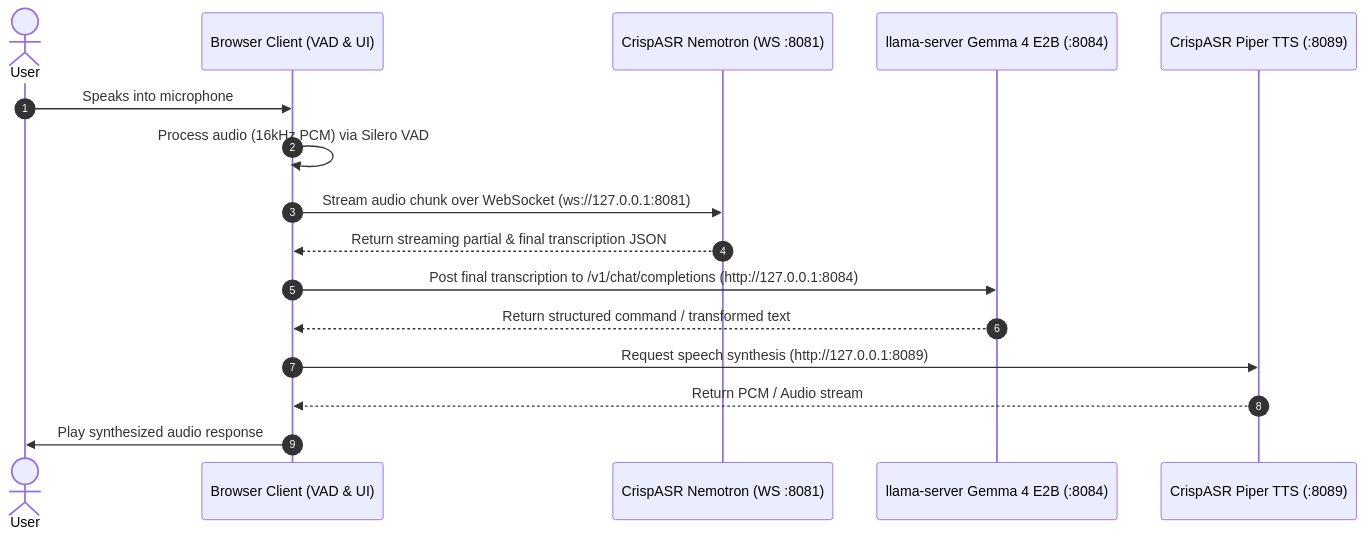
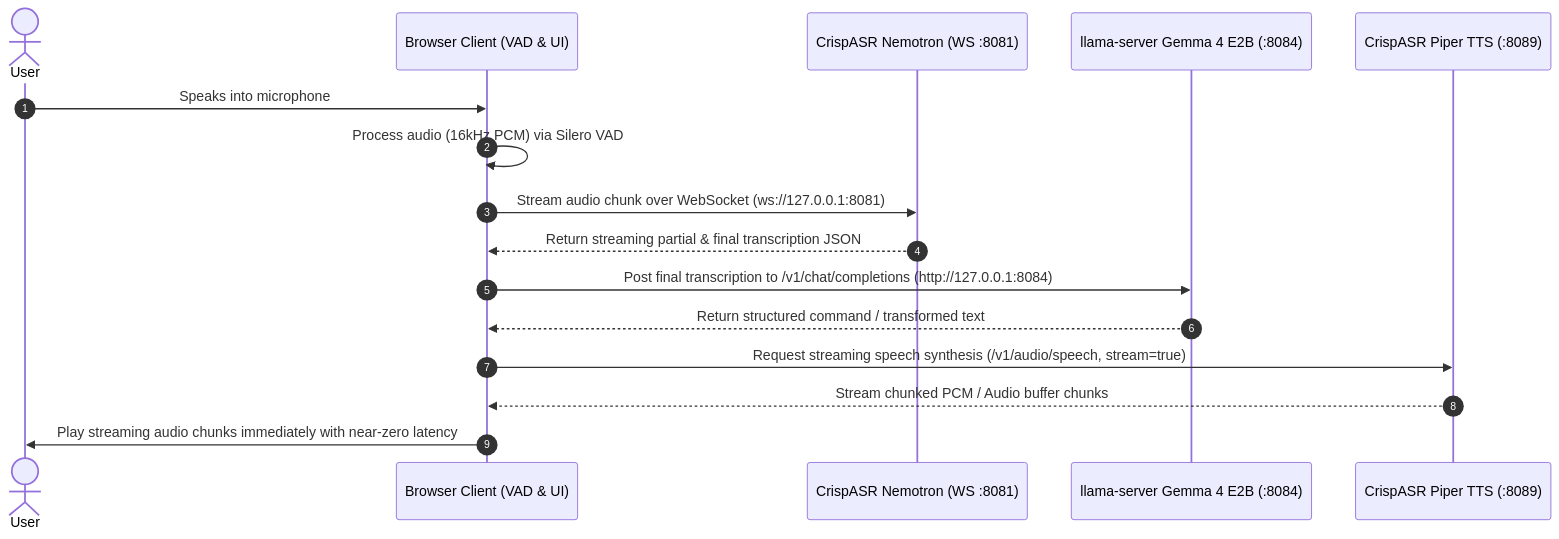
One commit to deepanshu-yadav/StreamingASR changed the diagram in commands_demo/README.md. Above: the diagram before and after it, drawn with Mermaid. The commit also changed other lines of this file and 2 other files, not shown here.

````diff
--- a/commands_demo/README.md
+++ b/commands_demo/README.md
@@ -29,19 +29,19 @@
 ```mermaid
 sequenceDiagram
     autonumber
     actor User
     participant Browser as Browser Client (VAD & UI)
     participant ASR as CrispASR Nemotron (WS :8081)
     participant LLM as llama-server Gemma 4 E2B (:8084)
     participant TTS as CrispASR Piper TTS (:8089)
 
     User->>Browser: Speaks into microphone
     Browser->>Browser: Process audio (16kHz PCM) via Silero VAD
     Browser->>ASR: Stream audio chunk over WebSocket (ws://127.0.0.1:8081)
     ASR-->>Browser: Return streaming partial & final transcription JSON
     Browser->>LLM: Post final transcription to /v1/chat/completions (http://127.0.0.1:8084)
     LLM-->>Browser: Return structured command / transformed text
-    Browser->>TTS: Request speech synthesis (http://127.0.0.1:8089)
-    TTS-->>Browser: Return PCM / Audio stream
-    Browser->>User: Play synthesized audio response
+    Browser->>TTS: Request streaming speech synthesis (/v1/audio/speech, stream=true)
+    TTS-->>Browser: Stream chunked PCM / Audio buffer chunks
+    Browser->>User: Play streaming audio chunks immediately with near-zero latency
 ```
````
